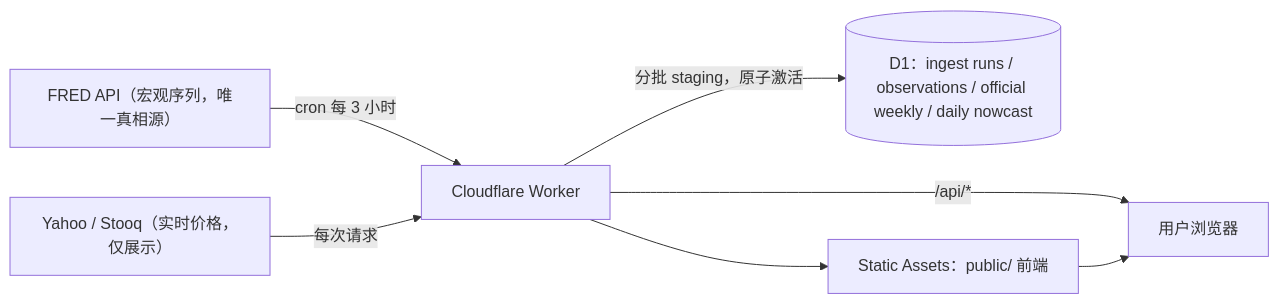
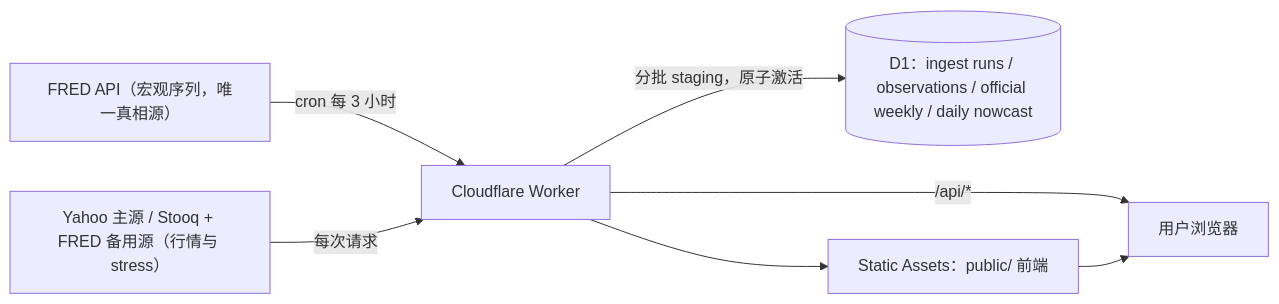
Before and after one commit to YSKM523/macro-liquidity: the first of 2 diagrams in README.md, drawn with Mermaid. The commit also changed other lines of this file and 5 other files, not shown here.

````diff
--- a/README.md
+++ b/README.md
@@ -20,9 +20,9 @@
 ```mermaid
 flowchart LR
   FRED["FRED API（宏观序列，唯一真相源）"] -->|"cron 每 3 小时"| W["Cloudflare Worker"]
-  YH["Yahoo / Stooq（实时价格，仅展示）"] -->|"每次请求"| W
+  YH["Yahoo 主源 / Stooq + FRED 备用源（行情与 stress）"] -->|"每次请求"| W
   W -->|"分批 staging，原子激活"| D1[("D1：ingest runs / observations / official weekly / daily nowcast")]
   W --> ST["Static Assets：public/ 前端"]
   W -->|"/api/*"| U["用户浏览器"]
   ST --> U
 ```
````
